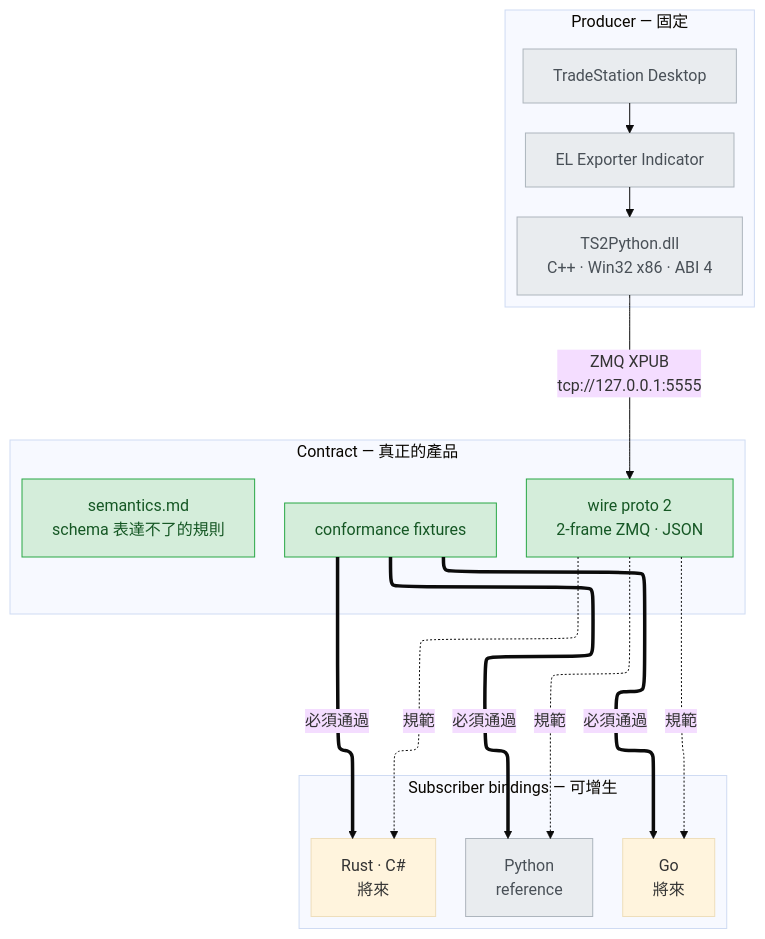
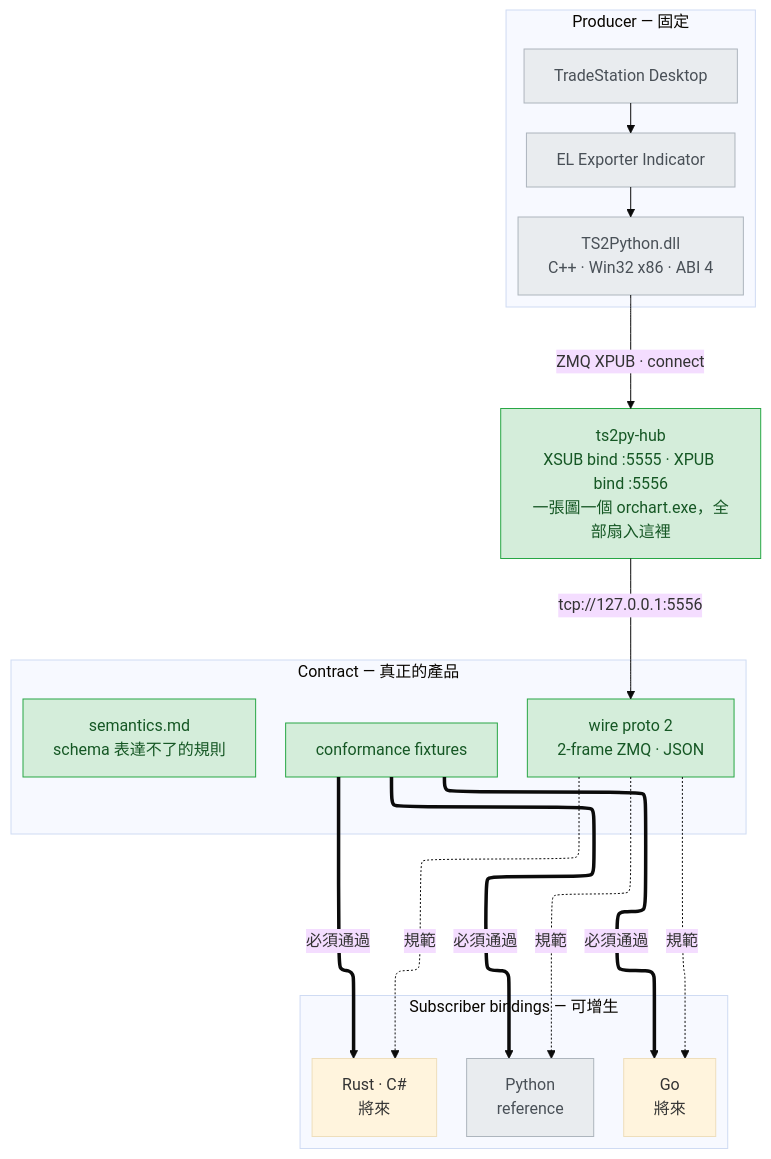
One commit to millerlai/tradestation-data-provider changed the diagram in README.zh-TW.md. Above: the diagram before and after it, drawn with Mermaid (base theme). The commit also changed 13 other files, not shown here.

````diff
--- a/README.zh-TW.md
+++ b/README.zh-TW.md
@@ -16,38 +16,41 @@
 ```mermaid
 ---
 config:
   flowchart:
     defaultRenderer: elk
 ---
 flowchart TB
     subgraph PROD["Producer — 固定"]
         direction TB
         TS["TradeStation Desktop"]
         EL["EL Exporter Indicator"]
         DLL["TS2Python.dll<br/>C++ · Win32 x86 · ABI 4"]
         TS --> EL --> DLL
     end
     subgraph CON["Contract — 真正的產品"]
         WIRE["wire proto 2<br/>2-frame ZMQ · JSON"]
         SEM["semantics.md<br/>schema 表達不了的規則"]
         FIX["conformance fixtures"]
     end
     subgraph BIND["Subscriber bindings — 可增生"]
         direction LR
         PY["Python<br/>reference"]
         GO["Go<br/>將來"]
         RS["Rust · C#<br/>將來"]
     end
-    DLL -->|"ZMQ XPUB<br/>tcp://127.0.0.1:5555"| WIRE
+    HUB["ts2py-hub<br/>XSUB bind :5555 · XPUB bind :5556<br/>一張圖一個 orchart.exe，全部扇入這裡"]
+    DLL -->|"ZMQ XPUB · connect"| HUB
+    HUB -->|"tcp://127.0.0.1:5556"| WIRE
     WIRE -.->|規範| PY
     WIRE -.->|規範| GO
     WIRE -.->|規範| RS
     FIX ==>|必須通過| PY
     FIX ==>|必須通過| GO
     FIX ==>|必須通過| RS
 
     classDef existing fill:#e9ecef,stroke:#adb5bd,color:#495057
     classDef added fill:#d4edda,stroke:#28a745,color:#155724
     class TS,EL,DLL,PY existing
+    class HUB added
     class WIRE,SEM,FIX added
 ```
````
